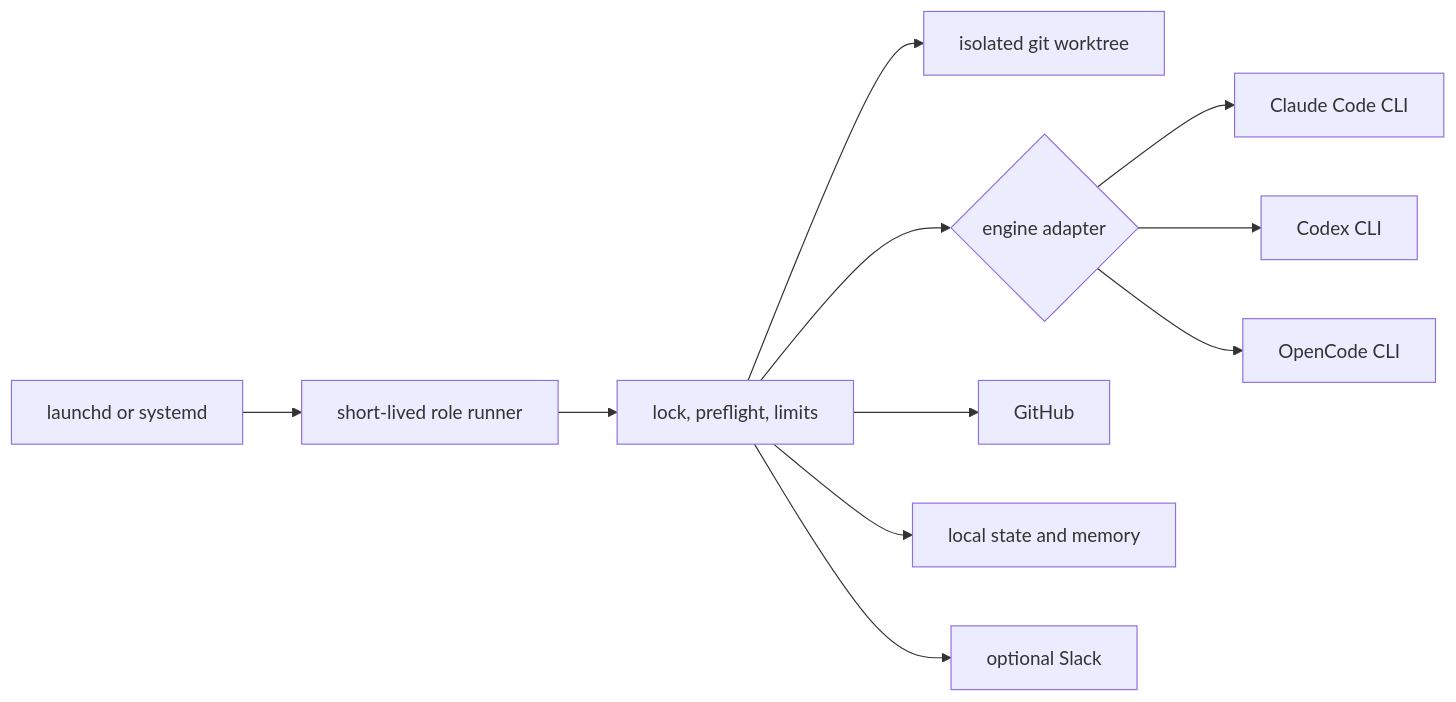
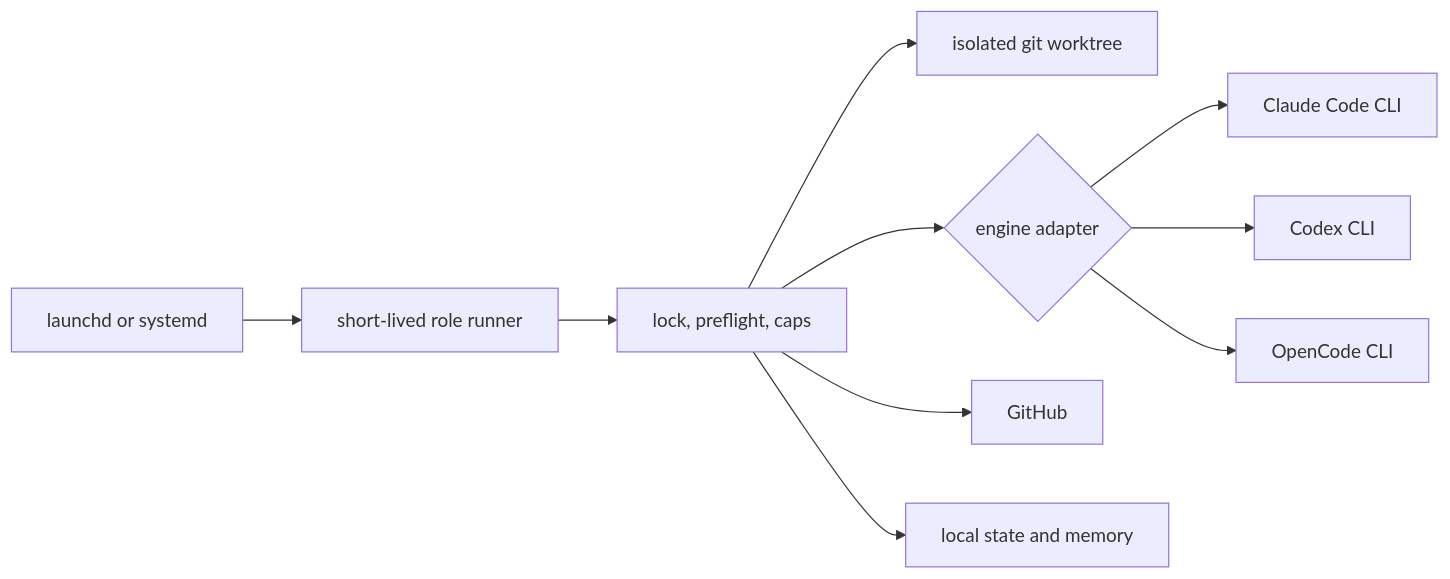
One commit to luminik-io/alfred changed the second of 2 diagrams in README.md. Above: the diagram before and after it, drawn with Mermaid. The commit also changed other lines of this file and 15 other files, not shown here.

````diff
--- a/README.md
+++ b/README.md
@@ -247,13 +255,12 @@
 ```mermaid
 flowchart LR
     scheduler["launchd or systemd"] --> role["short-lived role runner"]
-    role --> controls["lock, preflight, limits"]
+    role --> controls["lock, preflight, caps"]
     controls --> worktree["isolated git worktree"]
     controls --> engine{"engine adapter"}
     engine --> claude["Claude Code CLI"]
     engine --> codex["Codex CLI"]
     engine --> opencode["OpenCode CLI"]
     controls --> github["GitHub"]
     controls --> state["local state and memory"]
-    controls --> slack["optional Slack"]
 ```
````
